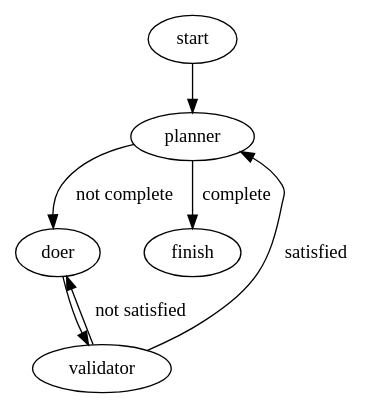
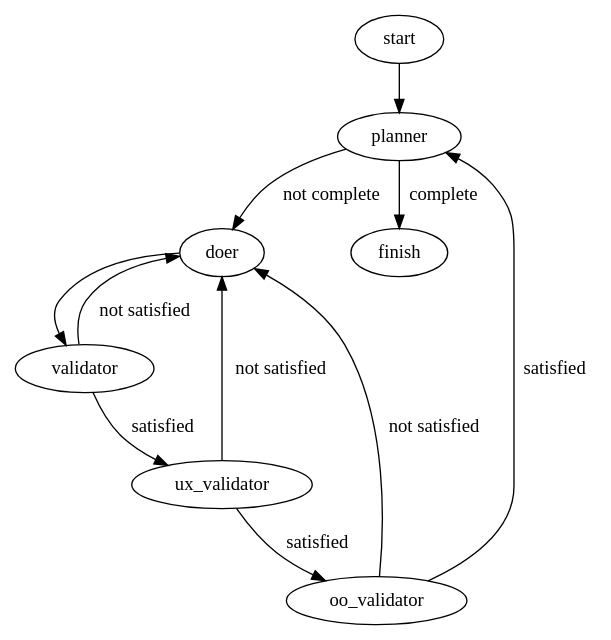
One commit to JoelAndrewHowe/atft-factory-changes changed the diagram in tetris/tetris-003/.assembly-lines/careful.dot. Above: the diagram before and after it, drawn with Graphviz. The commit also changed 73 other files, not shown here.

```diff
--- a/tetris/tetris-003/.assembly-lines/careful.dot
+++ b/tetris/tetris-003/.assembly-lines/careful.dot
@@ -1,8 +1,12 @@
 digraph assembly_line {
   start -> planner
   planner -> doer        [label="not complete"]
   planner -> finish      [label="complete"]
   doer -> validator
   validator -> doer      [label="not satisfied"]
-  validator -> planner   [label="satisfied"]
+  validator -> ux_validator [label="satisfied"]
+  ux_validator -> doer      [label="not satisfied"]
+  ux_validator -> oo_validator [label="satisfied"]
+  oo_validator -> doer      [label="not satisfied"]
+  oo_validator -> planner   [label="satisfied"]
 }
```
